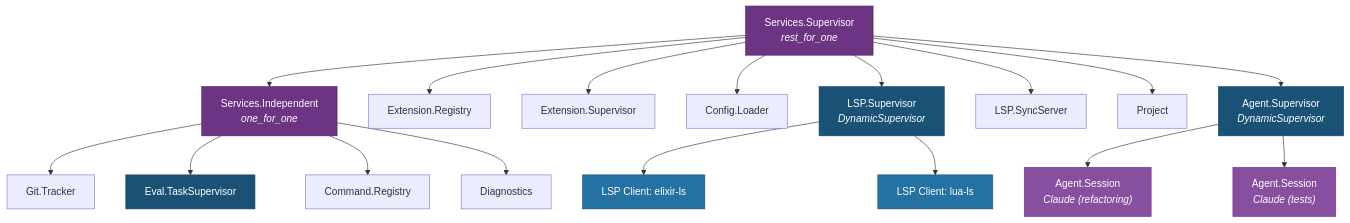
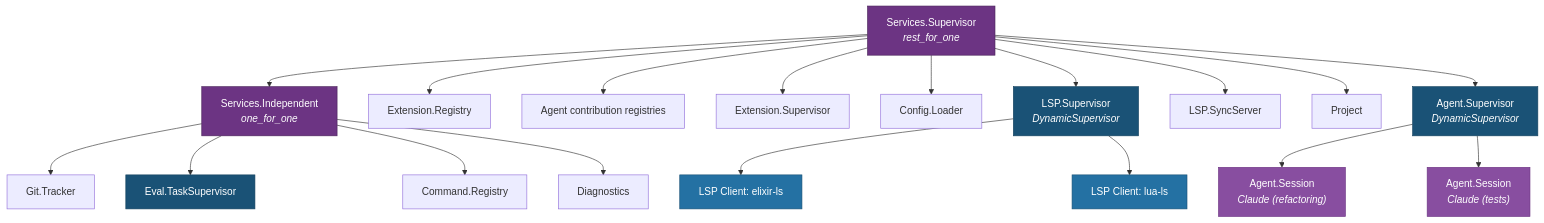
The fifth of 10 diagrams in docs/ARCHITECTURE.md (jsmestad/minga), drawn with Mermaid before and after one commit. The commit also changed other lines of this file and 23 other files, not shown here.

Commit message:
feat(agent): add contribution registries

````diff
--- a/docs/ARCHITECTURE.md
+++ b/docs/ARCHITECTURE.md
@@ -210,30 +210,31 @@
 ```mermaid
 graph TD
     SVC["Services.Supervisor<br/><i>rest_for_one</i>"]
     SVC --> INDEP["Services.Independent<br/><i>one_for_one</i>"]
     INDEP --> GIT["Git.Tracker"]
     INDEP --> TASKSUP["Eval.TaskSupervisor"]
     INDEP --> CMDREG["Command.Registry"]
     INDEP --> DIAG["Diagnostics"]
     SVC --> EXTREG["Extension.Registry"]
+    SVC --> AGENTREG["Agent contribution registries"]
     SVC --> EXTSUP["Extension.Supervisor"]
     SVC --> LOADER["Config.Loader"]
     SVC --> LSPSUP["LSP.Supervisor<br/><i>DynamicSupervisor</i>"]
     LSPSUP --> LSP1["LSP Client: elixir-ls"]
     LSPSUP --> LSP2["LSP Client: lua-ls"]
     SVC --> SYNC["LSP.SyncServer"]
     SVC --> PROJ["Project"]
     SVC --> AGENTSUP["Agent.Supervisor<br/><i>DynamicSupervisor</i>"]
     AGENTSUP --> AS1["Agent.Session<br/><i>Claude (refactoring)</i>"]
     AGENTSUP --> AS2["Agent.Session<br/><i>Claude (tests)</i>"]
 
     style SVC fill:#6c3483,stroke:#4a235a,color:#fff
     style INDEP fill:#6c3483,stroke:#4a235a,color:#fff
     style LSPSUP fill:#1a5276,stroke:#154360,color:#fff
     style AGENTSUP fill:#1a5276,stroke:#154360,color:#fff
     style TASKSUP fill:#1a5276,stroke:#154360,color:#fff
     style AS1 fill:#884ea0,stroke:#6c3483,color:#fff
     style AS2 fill:#884ea0,stroke:#6c3483,color:#fff
     style LSP1 fill:#2471a3,stroke:#1a5276,color:#fff
     style LSP2 fill:#2471a3,stroke:#1a5276,color:#fff
 ```
````
